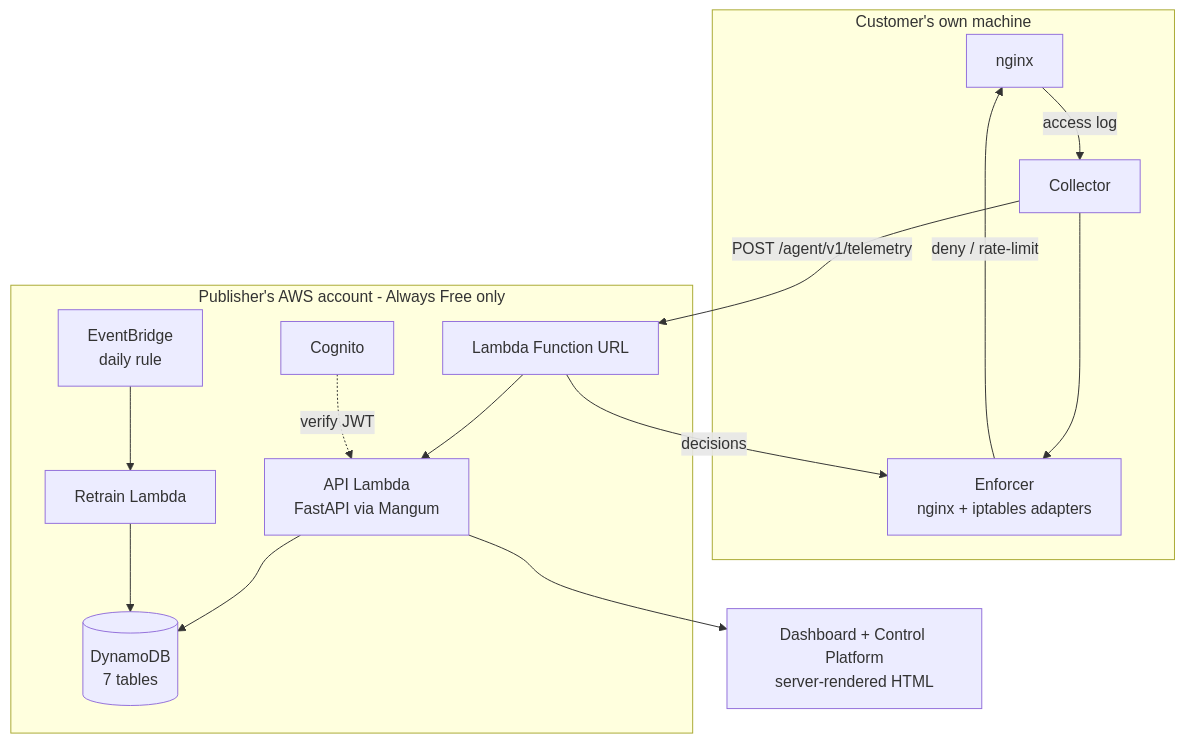
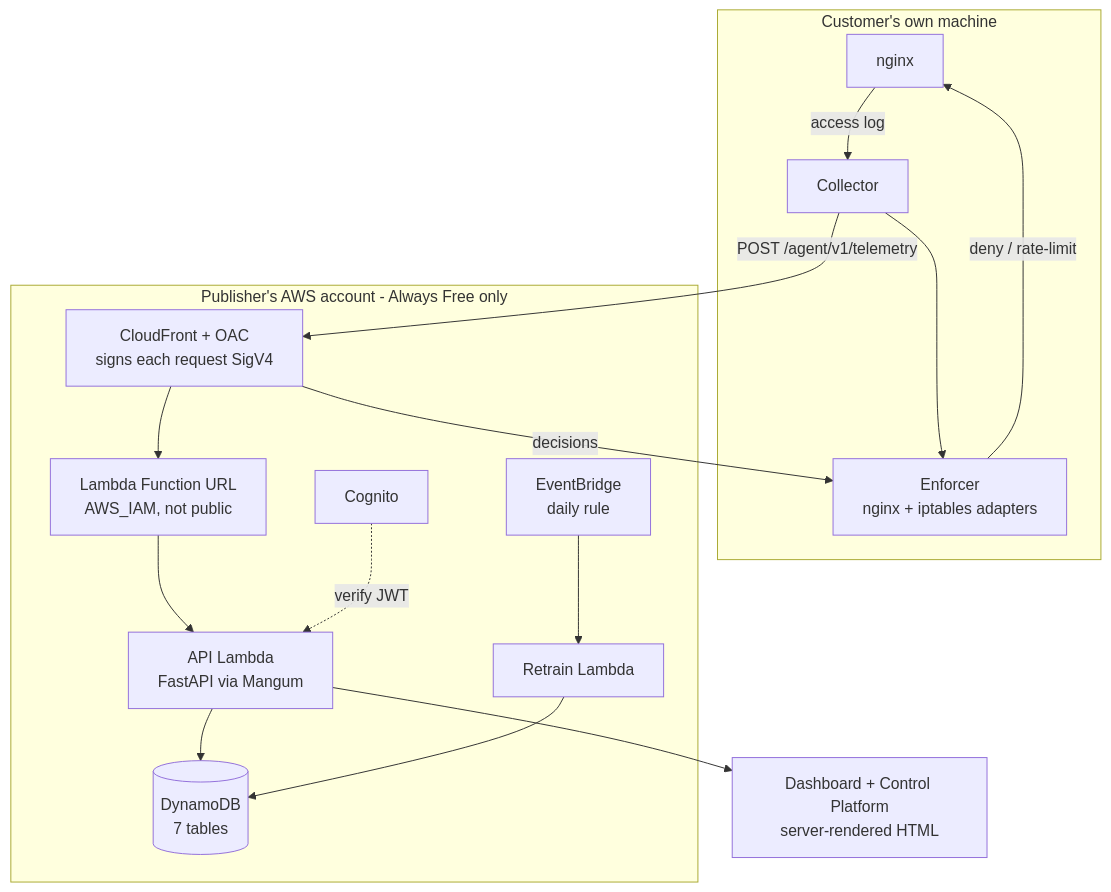
Before and after one commit to 23521549-lang/aiops-traffic-shaper: the first of 2 diagrams in docs/architecture.md, drawn with Mermaid. The commit also changed other lines of this file and 6 other files, not shown here.

Commit message:
docs: record the live deployment and the CloudFront entrypoint

````diff
--- a/docs/architecture.md
+++ b/docs/architecture.md
@@ -21,20 +21,21 @@
 ```mermaid
 flowchart TB
     subgraph Customer["Customer's own machine"]
         NG[nginx] -->|access log| CO[Collector]
         CO --> EN[Enforcer<br/>nginx + iptables adapters]
         EN -->|deny / rate-limit| NG
     end
 
     subgraph AWS["Publisher's AWS account - Always Free only"]
-        FU[Lambda Function URL] --> API[API Lambda<br/>FastAPI via Mangum]
+        CF[CloudFront + OAC<br/>signs each request SigV4] --> FU[Lambda Function URL<br/>AWS_IAM, not public]
+        FU --> API[API Lambda<br/>FastAPI via Mangum]
         API --> DDB[(DynamoDB<br/>7 tables)]
         EB[EventBridge<br/>daily rule] --> RT[Retrain Lambda]
         RT --> DDB
         COG[Cognito] -.->|verify JWT| API
     end
 
-    CO -->|POST /agent/v1/telemetry| FU
-    FU -->|decisions| EN
+    CO -->|POST /agent/v1/telemetry| CF
+    CF -->|decisions| EN
     API --> UI[Dashboard + Control Platform<br/>server-rendered HTML]
 ```
````
